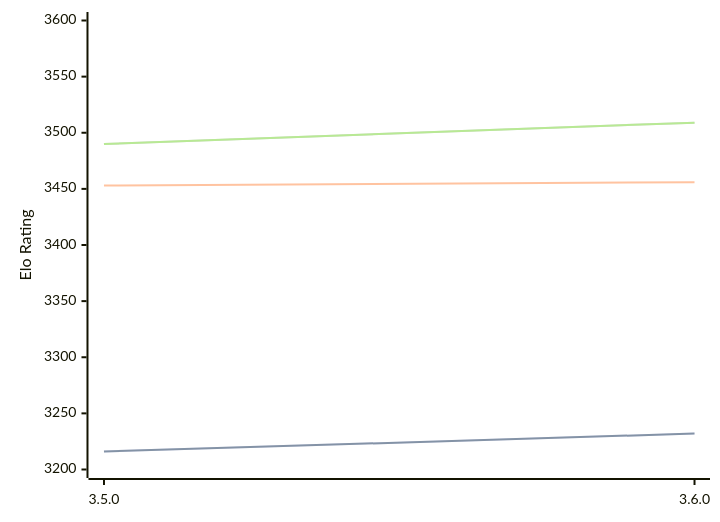
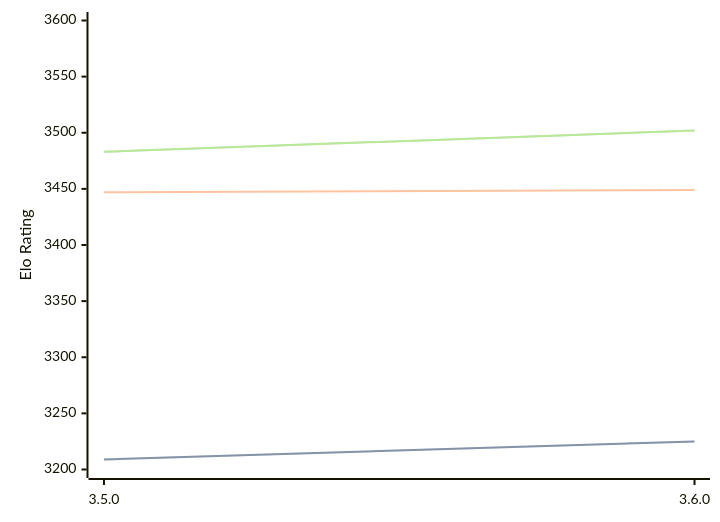
One commit to computer-chess-index/cci changed the diagram in engines/Igel.md. Above: the diagram before and after it, drawn with Mermaid. The commit also changed other lines of this file, not shown here.

Commit message:
Update CCI Ratings (ELO VLTC) - 2026-05-18

````diff
--- a/engines/Igel.md
+++ b/engines/Igel.md
@@ -68,11 +68,11 @@
 ```mermaid
 %%{init: {"theme":"base","themeVariables":{"seriesColors:['#a3a3a3','#222221','#faa371']}}}%%
 xychart-beta
   x-axis ["3.5.0", "3.6.0"]
   y-axis "Elo Rating" 3200 --> 3600
-  line "STC (8.0+0.08s)" [3216, 3232]
-  line "STC (8.0+0.08s)" [3216, 3232]
-  line "LTC (60.0+0.60s)" [3453, 3456]
-  line "VLTC (2m24s+1.12s)" [3490, 3509]
-  line "VLTC (2m24s+1.12s)" [3490, 3509]
+  line "STC (8.0+0.08s)" [3209, 3225]
+  line "STC (8.0+0.08s)" [3209, 3225]
+  line "LTC (60.0+0.60s)" [3447, 3449]
+  line "VLTC (2m24s+1.12s)" [3483, 3502]
+  line "VLTC (2m24s+1.12s)" [3483, 3502]
 ```
````
